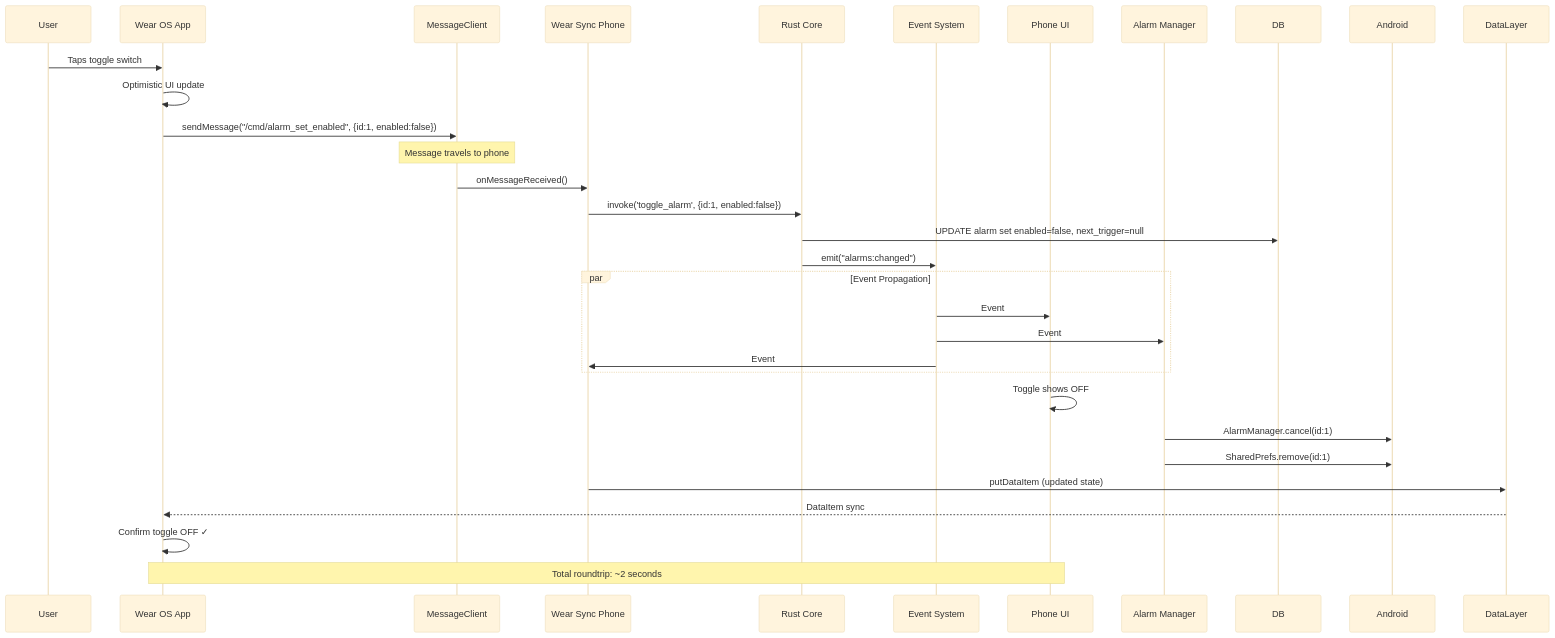
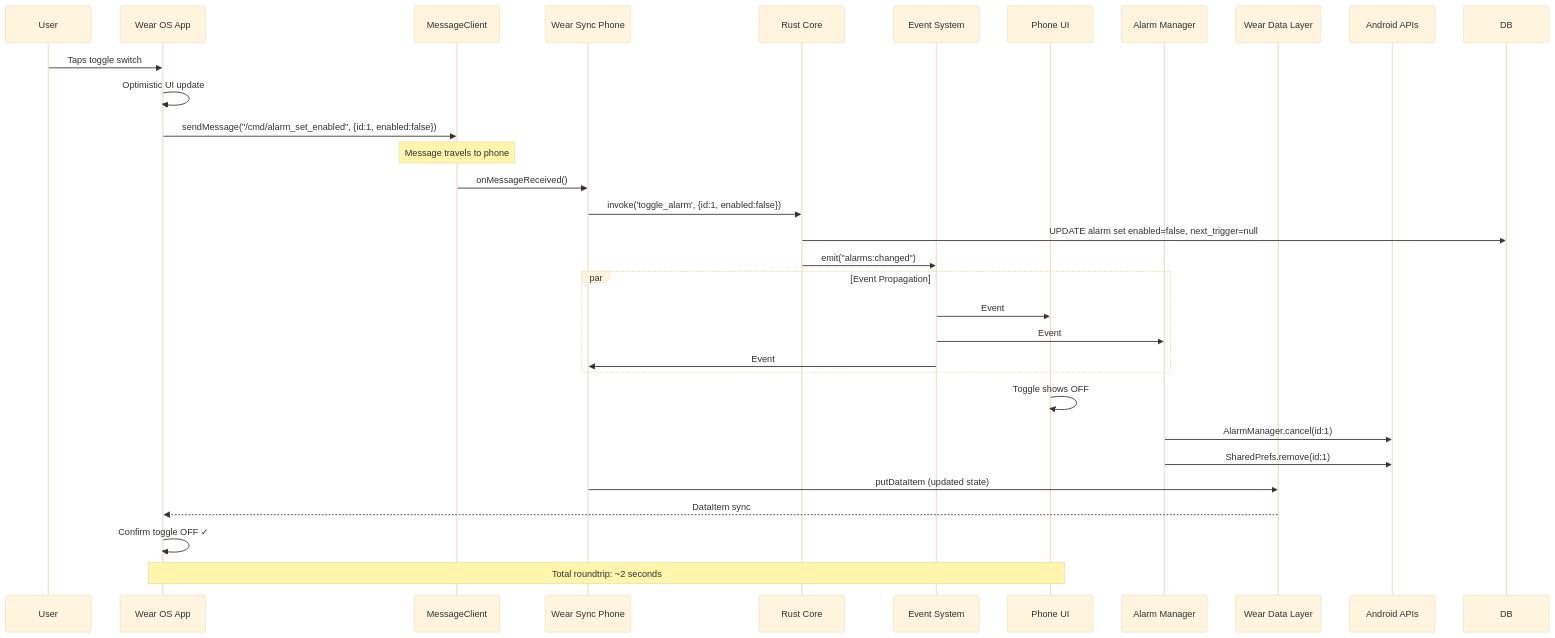
Diagram 23 of 32 in docs/architecture/flow-diagrams.md (liminal-hq/threshold), drawn with Mermaid (base theme) before and after one commit. The commit also changed other lines of this file, not shown here.

First line of the commit message:
fix: stabilise Mermaid sequence diagrams

````diff
--- a/docs/architecture/flow-diagrams.md
+++ b/docs/architecture/flow-diagrams.md
@@ -850,40 +867,42 @@
 ```mermaid
 sequenceDiagram
     participant User
     participant Watch as Wear OS App
     participant Messages as MessageClient
     participant WearSync as Wear Sync Phone
     participant Rust as Rust Core
     participant Events as Event System
     participant UI as Phone UI
     participant AlarmMgr as Alarm Manager
+    participant DataLayer as Wear Data Layer
+    participant Android as Android APIs
 
     User->>Watch: Taps toggle switch
     Watch->>Watch: Optimistic UI update
     Watch->>Messages: sendMessage("/cmd/alarm_set_enabled", {id:1, enabled:false})
     
     Note over Messages: Message travels to phone
     
     Messages->>WearSync: onMessageReceived()
     WearSync->>Rust: invoke('toggle_alarm', {id:1, enabled:false})
     
     Rust->>DB: UPDATE alarm set enabled=false, next_trigger=null
     Rust->>Events: emit("alarms:changed")
     
     par Event Propagation
         Events->>UI: Event
         Events->>AlarmMgr: Event
         Events->>WearSync: Event
     end
     
     UI->>UI: Toggle shows OFF
     
     AlarmMgr->>Android: AlarmManager.cancel(id:1)
     AlarmMgr->>Android: SharedPrefs.remove(id:1)
     
     WearSync->>DataLayer: putDataItem (updated state)
     DataLayer-->>Watch: DataItem sync
     Watch->>Watch: Confirm toggle OFF ✓
     
     Note over Watch,UI: Total roundtrip: ~2 seconds
 ```
````
